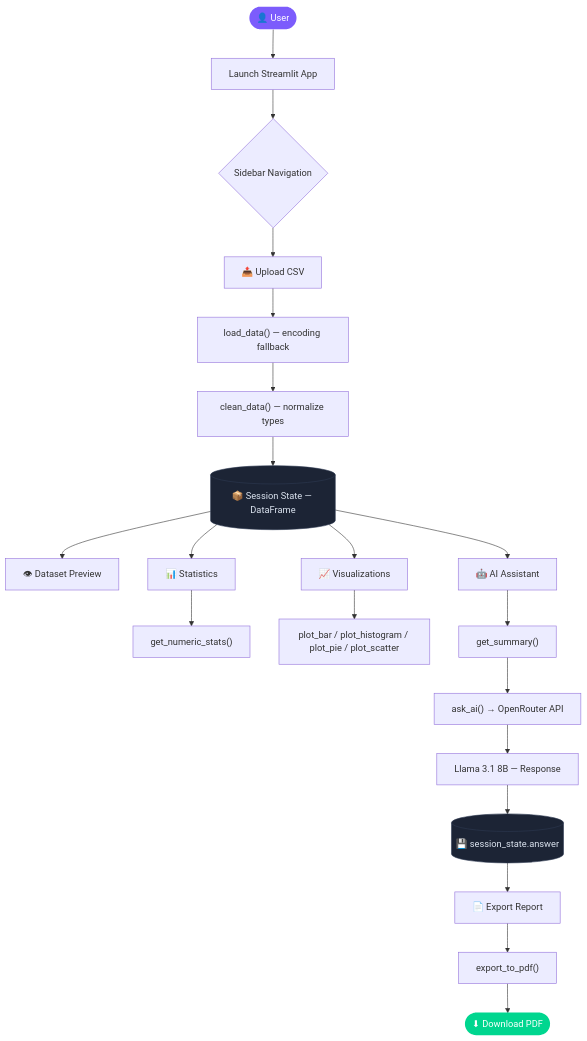
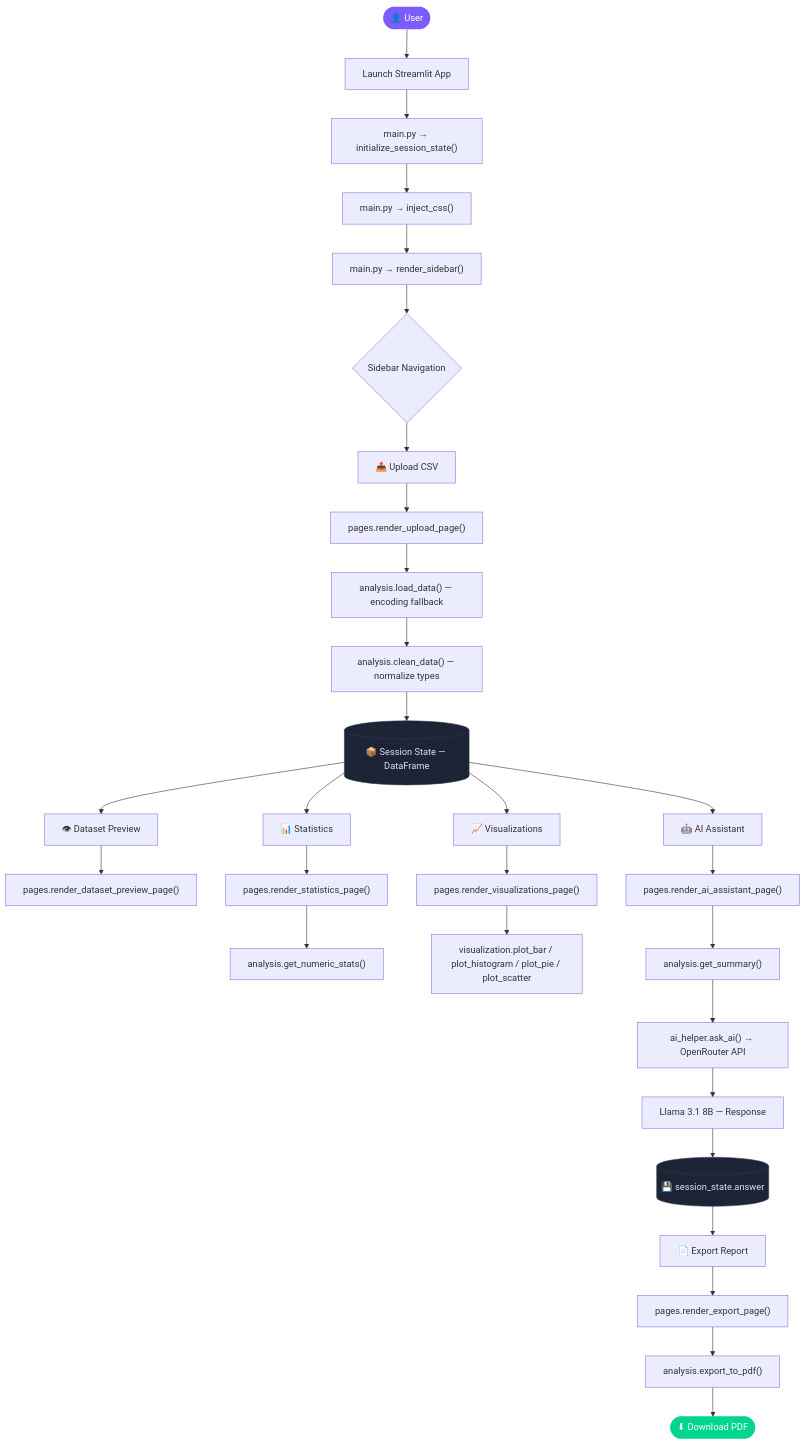
The diagram in README.md (abdullahkamran426-lab/ai_anylist_assistand), drawn with Mermaid before and after one commit.

````diff
--- a/README.md
+++ b/README.md
@@ -121,32 +121,41 @@
 ```mermaid
 flowchart TD
     A([👤 User]) --> B[Launch Streamlit App]
-    B --> C{Sidebar Navigation}
+    B --> C["main.py → initialize_session_state()"]
+    C --> D["main.py → inject_css()"]
+    D --> E["main.py → render_sidebar()"]
+    E --> F{Sidebar Navigation}
 
-    C --> D[📤 Upload CSV]
-    D --> E["load_data() — encoding fallback"]
-    E --> F["clean_data() — normalize types"]
-    F --> G[(📦 Session State — DataFrame)]
+    F --> G[📤 Upload CSV]
+    G --> H["pages.render_upload_page()"]
+    H --> I["analysis.load_data() — encoding fallback"]
+    I --> J["analysis.clean_data() — normalize types"]
+    J --> K[(📦 Session State — DataFrame)]
 
-    G --> H[👁 Dataset Preview]
-    G --> I[📊 Statistics]
-    G --> J[📈 Visualizations]
-    G --> K[🤖 AI Assistant]
+    K --> L[👁 Dataset Preview]
+    K --> M[📊 Statistics]
+    K --> N[📈 Visualizations]
+    K --> O[🤖 AI Assistant]
 
-    I  --> I1["get_numeric_stats()"]
-    J  --> J1["plot_bar / plot_histogram / plot_pie / plot_scatter"]
+    L  --> L1["pages.render_dataset_preview_page()"]
+    M  --> M1["pages.render_statistics_page()"]
+    M1 --> M2["analysis.get_numeric_stats()"]
+    N  --> N1["pages.render_visualizations_page()"]
+    N1 --> N2["visualization.plot_bar / plot_histogram / plot_pie / plot_scatter"]
 
-    K  --> L["get_summary()"]
-    L  --> M["ask_ai() → OpenRouter API"]
-    M  --> N["Llama 3.1 8B — Response"]
-    N  --> O[(💾 session_state.answer)]
+    O  --> O1["pages.render_ai_assistant_page()"]
+    O1 --> O2["analysis.get_summary()"]
+    O2 --> O3["ai_helper.ask_ai() → OpenRouter API"]
+    O3 --> O4["Llama 3.1 8B — Response"]
+    O4 --> O5[(💾 session_state.answer)]
 
-    O  --> P[📄 Export Report]
-    P  --> Q["export_to_pdf()"]
-    Q  --> R([⬇ Download PDF])
+    O5  --> P[📄 Export Report]
+    P  --> P1["pages.render_export_page()"]
+    P1 --> P2["analysis.export_to_pdf()"]
+    P2 --> Q([⬇ Download PDF])
 
     style A  fill:#7C5CFC,color:#fff,stroke:none
-    style G  fill:#1C2435,color:#DCE4F0,stroke:#2D3A52
-    style O  fill:#1C2435,color:#DCE4F0,stroke:#2D3A52
-    style R  fill:#00D68F,color:#fff,stroke:none
+    style K  fill:#1C2435,color:#DCE4F0,stroke:#2D3A52
+    style O5 fill:#1C2435,color:#DCE4F0,stroke:#2D3A52
+    style Q  fill:#00D68F,color:#fff,stroke:none
 ```
````
